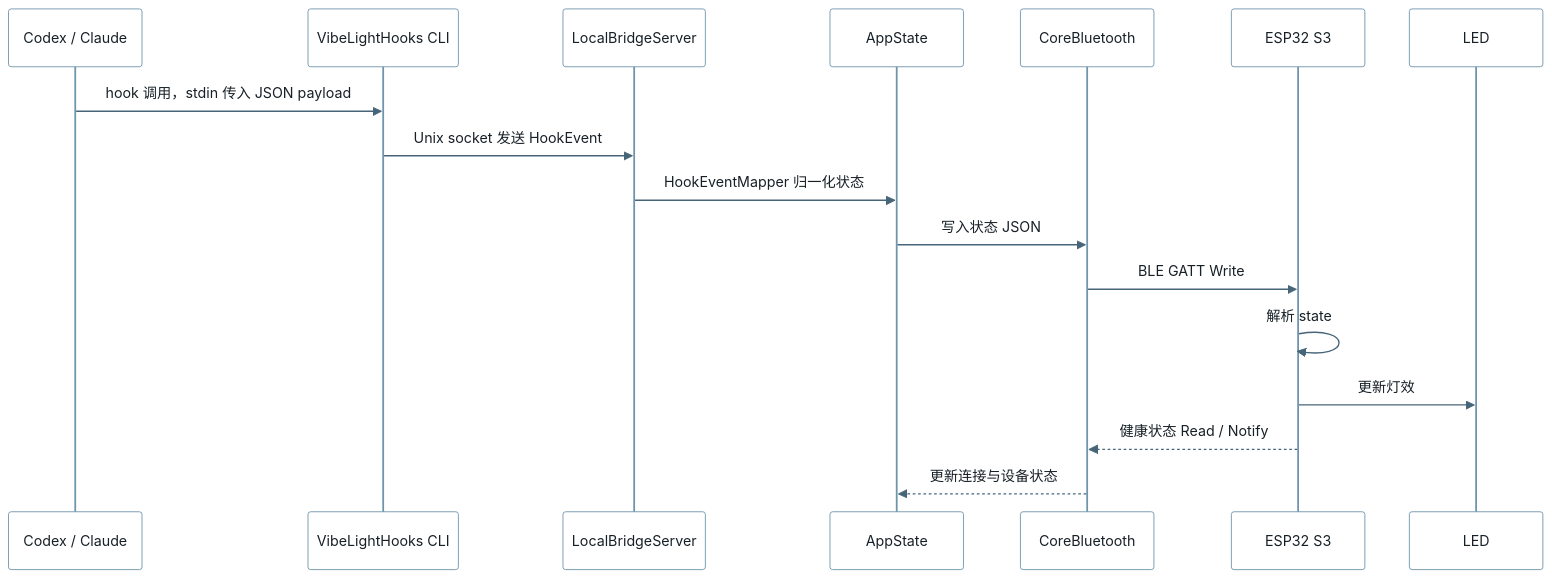
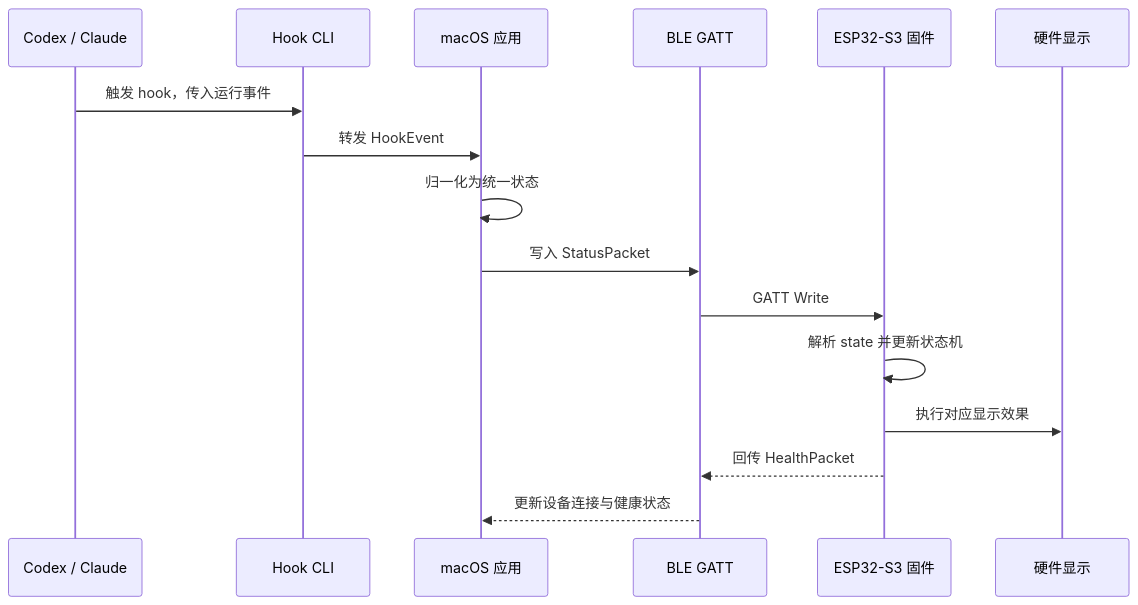
The second of 2 diagrams in docs/architecture.md (miclle/vibe-light), drawn with Mermaid before and after one commit. The commit also changed other lines of this file, not shown here.

Commit message:
docs: refine architecture boundaries

````diff
--- a/docs/architecture.md
+++ b/docs/architecture.md
@@ -44,21 +46,19 @@
 ```mermaid
-%%{init: {"theme": "base", "themeCSS": "svg { background-color: #f8fafc; } .actor { fill: #ffffff !important; stroke: #6f94ad !important; } .actor-line { stroke: #6f94ad !important; } text.actor, .messageText, .loopText, .noteText { fill: #172026 !important; } .messageLine0, .messageLine1 { stroke: #476579 !important; } .labelBox { fill: #eef6ff !important; stroke: #8aa9c0 !important; }", "themeVariables": {"actorBkg": "#ffffff", "actorBorder": "#6f94ad", "actorTextColor": "#172026", "signalColor": "#476579", "signalTextColor": "#172026", "textColor": "#172026", "labelBoxBkgColor": "#eef6ff", "labelBoxBorderColor": "#8aa9c0"}}}%%
 sequenceDiagram
     participant Tool as Codex / Claude
-    participant Hook as VibeLightHooks CLI
-    participant Bridge as LocalBridgeServer
-    participant App as AppState
-    participant BLE as CoreBluetooth
-    participant ESP as ESP32 S3
-    participant LED as LED
+    participant Hook as Hook CLI
+    participant App as macOS 应用
+    participant BLE as BLE GATT
+    participant ESP as ESP32-S3 固件
+    participant Display as 硬件显示
 
-    Tool->>Hook: hook 调用，stdin 传入 JSON payload
-    Hook->>Bridge: Unix socket 发送 HookEvent
-    Bridge->>App: HookEventMapper 归一化状态
-    App->>BLE: 写入状态 JSON
-    BLE->>ESP: BLE GATT Write
-    ESP->>ESP: 解析 state
-    ESP->>LED: 更新灯效
-    ESP-->>BLE: 健康状态 Read / Notify
-    BLE-->>App: 更新连接与设备状态
+    Tool->>Hook: 触发 hook，传入运行事件
+    Hook->>App: 转发 HookEvent
+    App->>App: 归一化为统一状态
+    App->>BLE: 写入 StatusPacket
+    BLE->>ESP: GATT Write
+    ESP->>ESP: 解析 state 并更新状态机
+    ESP->>Display: 执行对应显示效果
+    ESP-->>BLE: 回传 HealthPacket
+    BLE-->>App: 更新设备连接与健康状态
 ```
````
